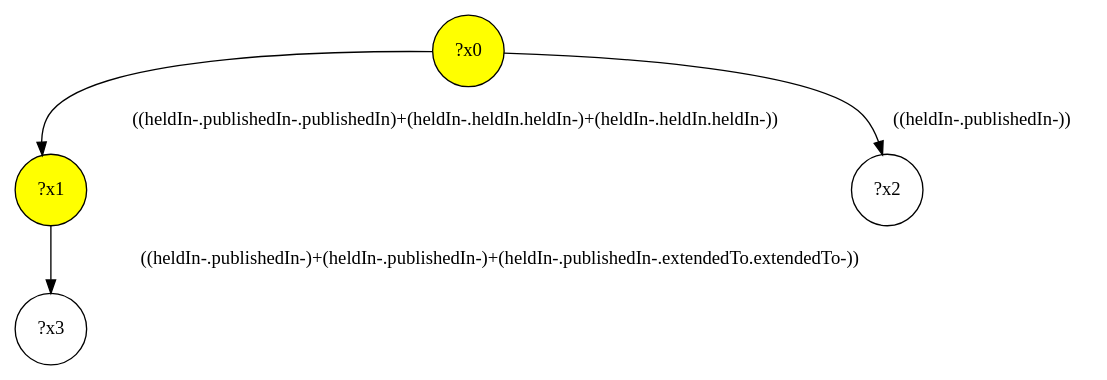
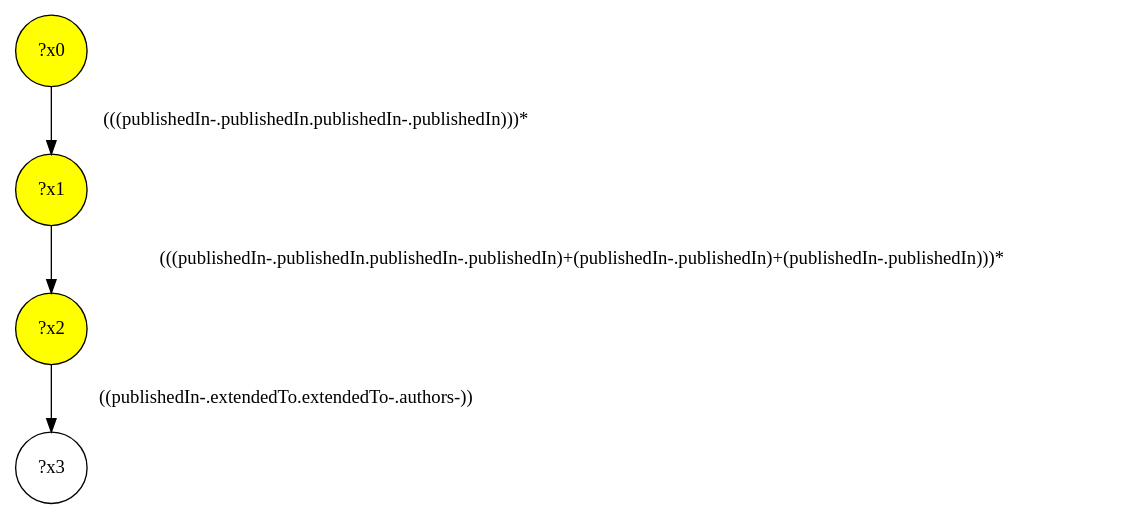
One commit to gbagan/gmark changed the diagram in demo/test-a/test-a-interface/query-0.dot. Above: the diagram before and after it, drawn with Graphviz. The commit also changed 707 other files, not shown here.

```diff
--- a/demo/test-a/test-a-interface/query-0.dot
+++ b/demo/test-a/test-a-interface/query-0.dot
@@ -1,9 +1,9 @@
 digraph g {
+	x2 [fillcolor="yellow", style="filled," shape=circle, label="?x2"];
 	x0 [fillcolor="yellow", style="filled," shape=circle, label="?x0"];
 	x1 [fillcolor="yellow", style="filled," shape=circle, label="?x1"];
-	x0 -> x1 [label="((heldIn-.publishedIn-.publishedIn)+(heldIn-.heldIn.heldIn-)+(heldIn-.heldIn.heldIn-))"];
-	x2 [shape=circle, label="?x2"];
-	x0 -> x2 [label="((heldIn-.publishedIn-))"];
+	x0 -> x1 [label="(((publishedIn-.publishedIn.publishedIn-.publishedIn)))*"];
+	x1 -> x2 [label="(((publishedIn-.publishedIn.publishedIn-.publishedIn)+(publishedIn-.publishedIn)+(publishedIn-.publishedIn)))*"];
 	x3 [shape=circle, label="?x3"];
-	x1 -> x3 [label="((heldIn-.publishedIn-)+(heldIn-.publishedIn-)+(heldIn-.publishedIn-.extendedTo.extendedTo-))"];
+	x2 -> x3 [label="((publishedIn-.extendedTo.extendedTo-.authors-))"];
 }
```
